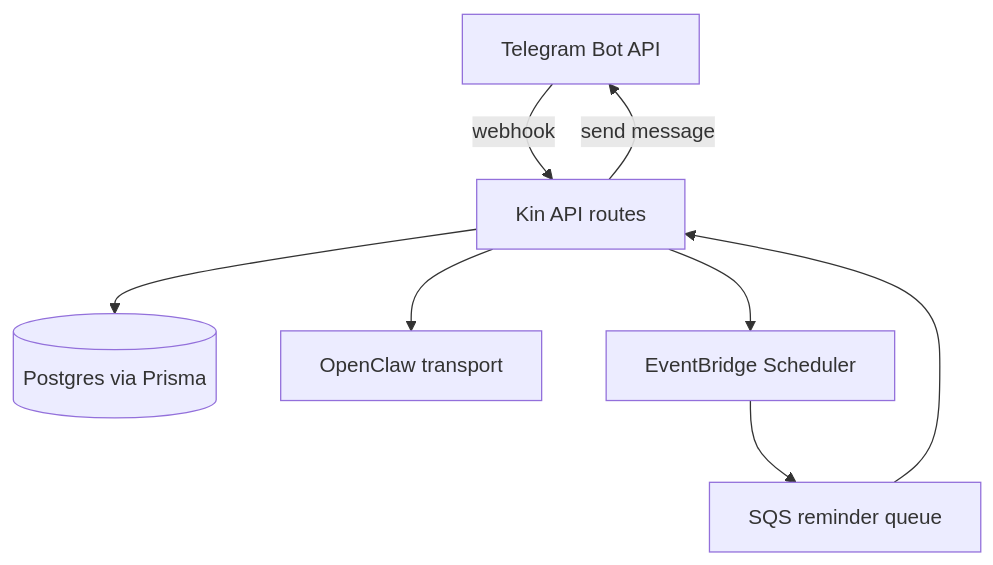
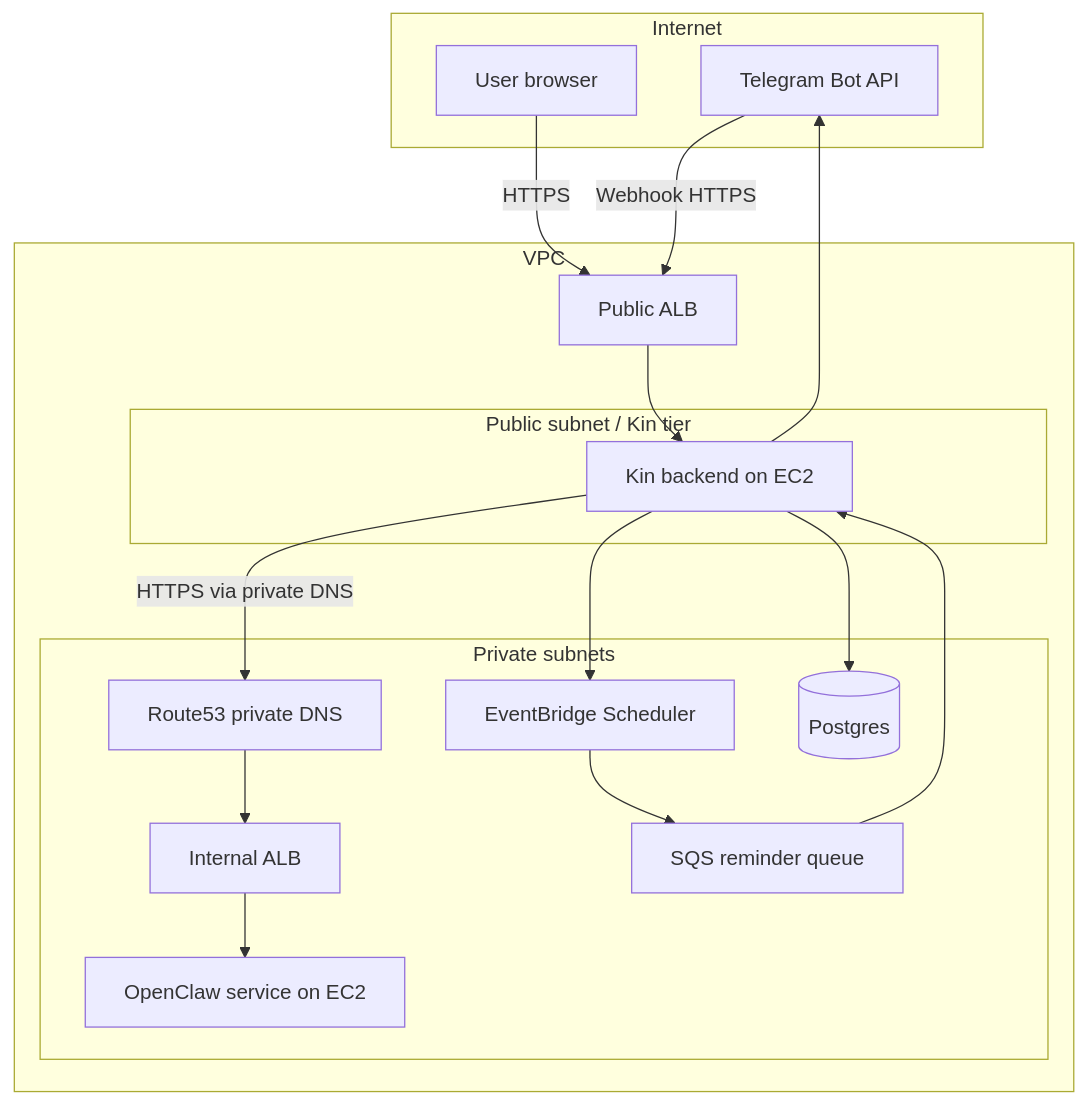
One commit to danieljcheung/kin changed the second of 4 diagrams in README.md. Above: the diagram before and after it, drawn with Mermaid. The commit also changed other lines of this file, not shown here.

Commit message:
docs: emphasize AWS topology and trust boundaries in README

````diff
--- a/README.md
+++ b/README.md
@@ -42,10 +74,38 @@
 ```mermaid
 flowchart TB
-  TG[Telegram Bot API] -->|webhook| KIN[Kin API routes]
-  KIN --> DB[(Postgres via Prisma)]
-  KIN --> OC[OpenClaw transport]
-  KIN --> SCH[EventBridge Scheduler]
-  SCH --> Q[SQS reminder queue]
+  subgraph Internet
+    TG[Telegram Bot API]
+    WEB[User browser]
+  end
+
+  subgraph AWS[VPC]
+    PUBALB[Public ALB]
+
+    subgraph PublicTier[Public subnet / Kin tier]
+      KIN[Kin backend on EC2]
+    end
+
+    subgraph PrivateTier[Private subnets]
+      IALB[Internal ALB]
+      OC[OpenClaw service on EC2]
+      R53[Route53 private DNS]
+      SCH[EventBridge Scheduler]
+      Q[SQS reminder queue]
+      DB[(Postgres)]
+    end
+  end
+
+  WEB -->|HTTPS| PUBALB
+  TG -->|Webhook HTTPS| PUBALB
+  PUBALB --> KIN
+
+  KIN --> DB
+  KIN -->|HTTPS via private DNS| R53
+  R53 --> IALB
+  IALB --> OC
+
+  KIN --> SCH
+  SCH --> Q
   Q --> KIN
-  KIN -->|send message| TG
+  KIN --> TG
 ```
````
